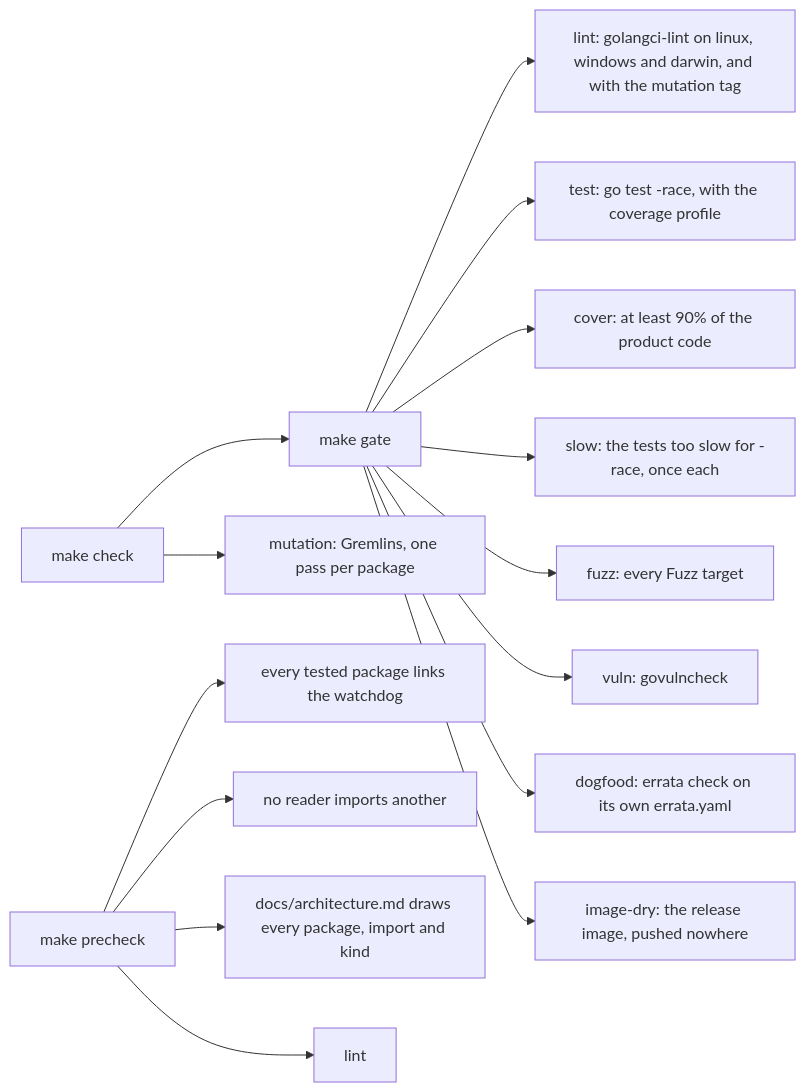
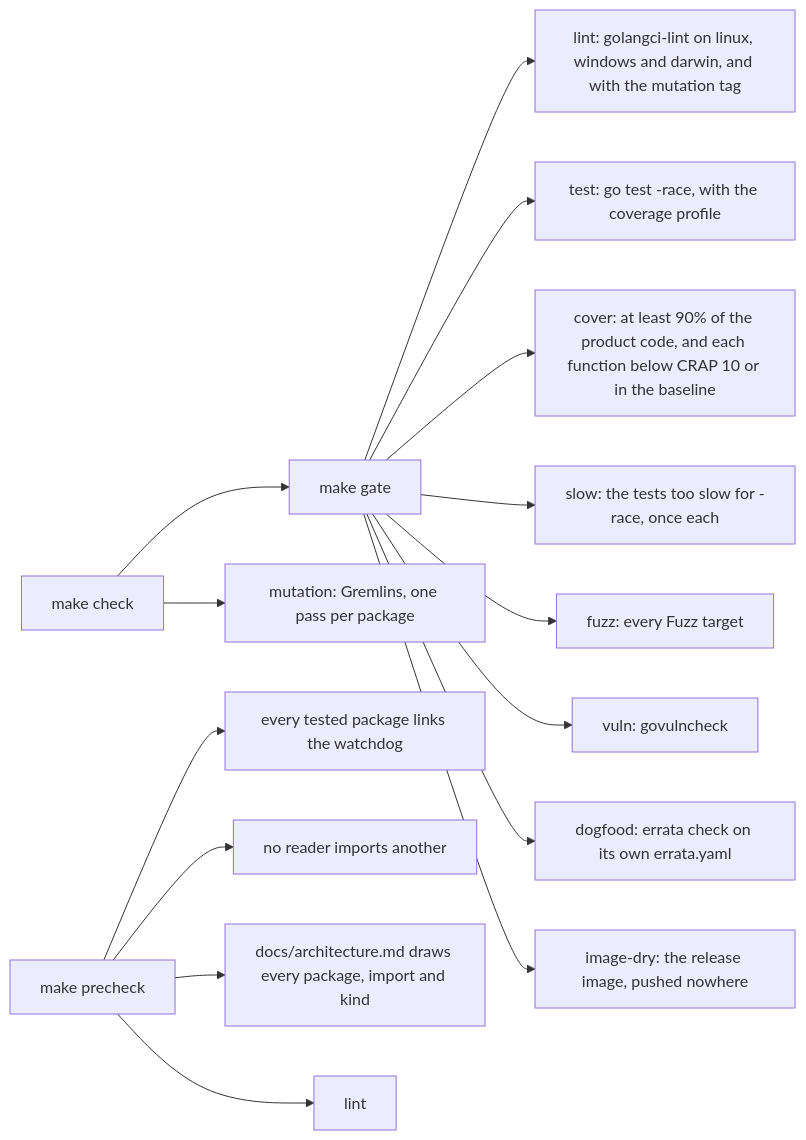
The ninth of 9 diagrams in docs/architecture.md (f-klement/errata), drawn with Mermaid before and after one commit. The commit also changed other lines of this file and 100 other files, not shown here.

First line of the commit message:
docs(roadmap): every function below CRAP 10, before v0.5.0

````diff
--- a/docs/architecture.md
+++ b/docs/architecture.md
@@ -707,17 +713,17 @@
 ```mermaid
 flowchart LR
     check["make check"] --> gate["make gate"]
     check --> mutation["mutation: Gremlins, one pass per package"]
     gate --> lint["lint: golangci-lint on linux, windows and darwin, and with the mutation tag"]
     gate --> test["test: go test -race, with the coverage profile"]
-    gate --> cover["cover: at least 90% of the product code"]
+    gate --> cover["cover: at least 90% of the product code, and each function below CRAP 10 or in the baseline"]
     gate --> slow["slow: the tests too slow for -race, once each"]
     gate --> fuzz["fuzz: every Fuzz target"]
     gate --> vuln["vuln: govulncheck"]
     gate --> dogfood["dogfood: errata check on its own errata.yaml"]
     gate --> image["image-dry: the release image, pushed nowhere"]
     precheck["make precheck"] --> watchdog["every tested package links the watchdog"]
     precheck --> readers["no reader imports another"]
     precheck --> archdoc["docs/architecture.md draws every package, import and kind"]
     precheck --> plint["lint"]
 ```
````
